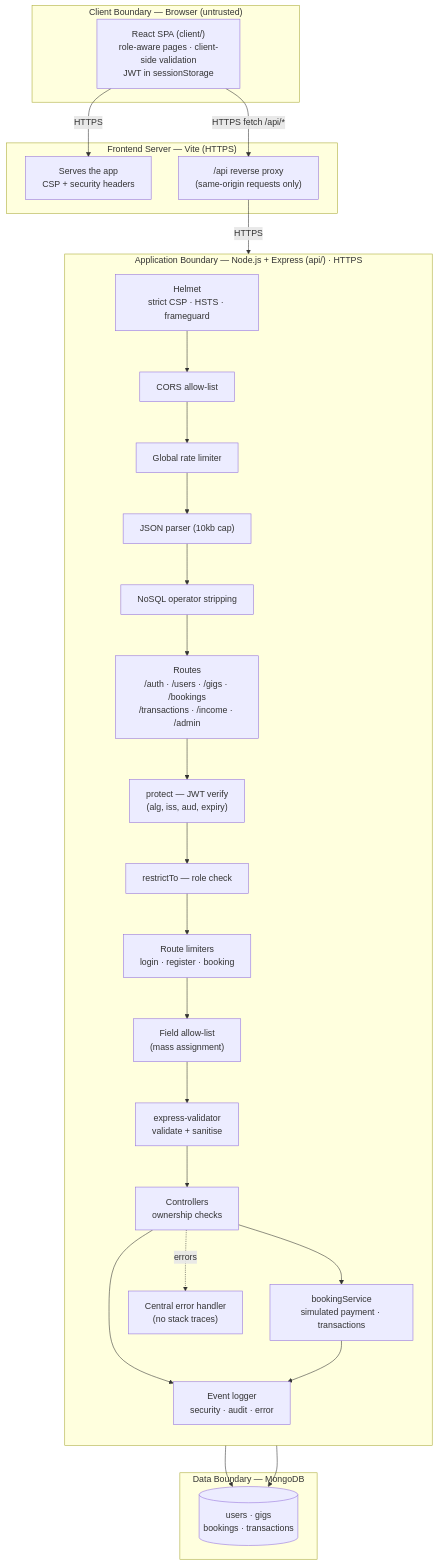
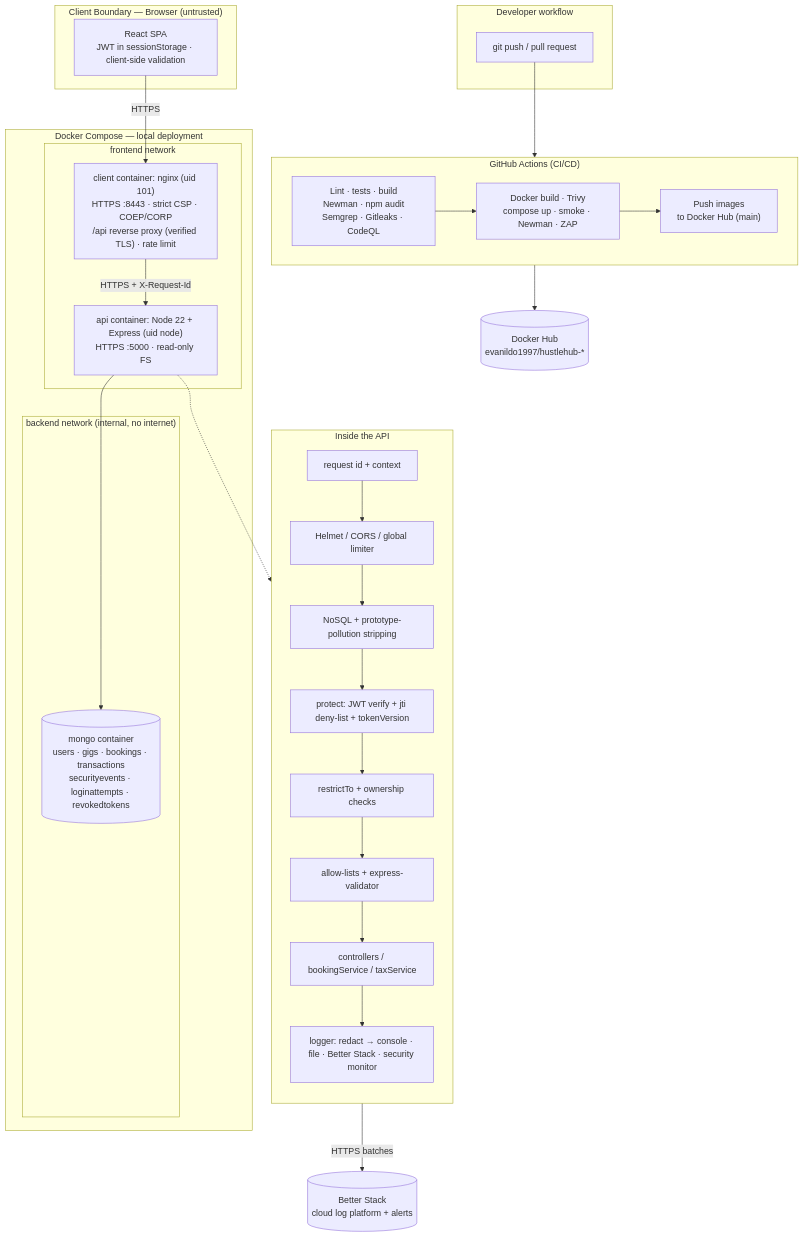
Before and after one commit to evanildo26/hustlehub-plus-part3: the first of 2 diagrams in README.md, drawn with Mermaid. The commit also changed other lines of this file and 23 other files, not shown here.

Commit message:
Rewrite README for Part 3: tax logic, pipeline, static analysis, Docker, logging, security review

````diff
--- a/README.md
+++ b/README.md
@@ -71,44 +77,47 @@
 ```mermaid
 flowchart TB
-    subgraph BROWSER["Client Boundary — Browser (untrusted)"]
-        React["React SPA (client/)<br/>role-aware pages · client-side validation<br/>JWT in sessionStorage"]
+    subgraph DEV["Developer workflow"]
+        Git["git push / pull request"]
     end
 
-    subgraph VITE["Frontend Server — Vite (HTTPS)"]
-        Static["Serves the app<br/>CSP + security headers"]
-        Proxy["/api reverse proxy<br/>(same-origin requests only)"]
+    subgraph GHA["GitHub Actions (CI/CD)"]
+        direction LR
+        CI["Lint · tests · build<br/>Newman · npm audit<br/>Semgrep · Gitleaks · CodeQL"]
+        DK["Docker build · Trivy<br/>compose up · smoke · Newman · ZAP"]
+        CD["Push images<br/>to Docker Hub (main)"]
+        CI --> DK --> CD
     end
 
-    subgraph API["Application Boundary — Node.js + Express (api/) · HTTPS"]
-        direction TB
-        Helmet["Helmet<br/>strict CSP · HSTS · frameguard"]
-        CORS["CORS allow-list"]
-        Global["Global rate limiter"]
-        Body["JSON parser (10kb cap)"]
-        Sanitize["NoSQL operator stripping"]
-        Routes["Routes<br/>/auth · /users · /gigs · /bookings<br/>/transactions · /income · /admin"]
-        JWT["protect — JWT verify<br/>(alg, iss, aud, expiry)"]
-        RBAC["restrictTo — role check"]
-        Limit["Route limiters<br/>login · register · booking"]
-        Allow["Field allow-list<br/>(mass assignment)"]
-        Valid["express-validator<br/>validate + sanitise"]
-        Ctrl["Controllers<br/>ownership checks"]
-        Svc["bookingService<br/>simulated payment · transactions"]
-        Err["Central error handler<br/>(no stack traces)"]
-        Log["Event logger<br/>security · audit · error"]
+    subgraph BROWSER["Client Boundary — Browser (untrusted)"]
+        React["React SPA<br/>JWT in sessionStorage · client-side validation"]
     end
 
-    subgraph DATA["Data Boundary — MongoDB"]
-        DB[("users · gigs<br/>bookings · transactions")]
+    subgraph COMPOSE["Docker Compose — local deployment"]
+        subgraph FRONT["frontend network"]
+            Nginx["client container: nginx (uid 101)<br/>HTTPS :8443 · strict CSP · COEP/CORP<br/>/api reverse proxy (verified TLS) · rate limit"]
+            API["api container: Node 22 + Express (uid node)<br/>HTTPS :5000 · read-only FS"]
+        end
+        subgraph BACK["backend network (internal, no internet)"]
+            Mongo[("mongo container<br/>users · gigs · bookings · transactions<br/>securityevents · loginattempts · revokedtokens")]
+        end
     end
 
-    React -- "HTTPS" --> Static
-    React -- "HTTPS fetch /api/*" --> Proxy -- "HTTPS" --> Helmet
-    Helmet --> CORS --> Global --> Body --> Sanitize --> Routes
-    Routes --> JWT --> RBAC --> Limit --> Allow --> Valid --> Ctrl
-    Ctrl --> Svc --> DB
-    Ctrl --> DB
-    Ctrl --> Log
-    Svc --> Log
-    Ctrl -.->|"errors"| Err
+    subgraph APIIN["Inside the API"]
+        direction TB
+        Ctx["request id + context"] --> Helmet["Helmet / CORS / global limiter"] --> San["NoSQL + prototype-pollution stripping"]
+        San --> JWT["protect: JWT verify + jti deny-list + tokenVersion"] --> RBAC["restrictTo + ownership checks"]
+        RBAC --> Val["allow-lists + express-validator"] --> Ctrl["controllers / bookingService / taxService"]
+        Ctrl --> Log["logger: redact → console · file · Better Stack · security monitor"]
+    end
+
+    BS[("Better Stack<br/>cloud log platform + alerts")]
+    Hub[("Docker Hub<br/>evanildo1997/hustlehub-*")]
+
+    Git --> GHA
+    CD --> Hub
+    React -- "HTTPS" --> Nginx
+    Nginx -- "HTTPS + X-Request-Id" --> API
+    API --> Mongo
+    API -.-> APIIN
+    Log -- "HTTPS batches" --> BS
 ```
````
